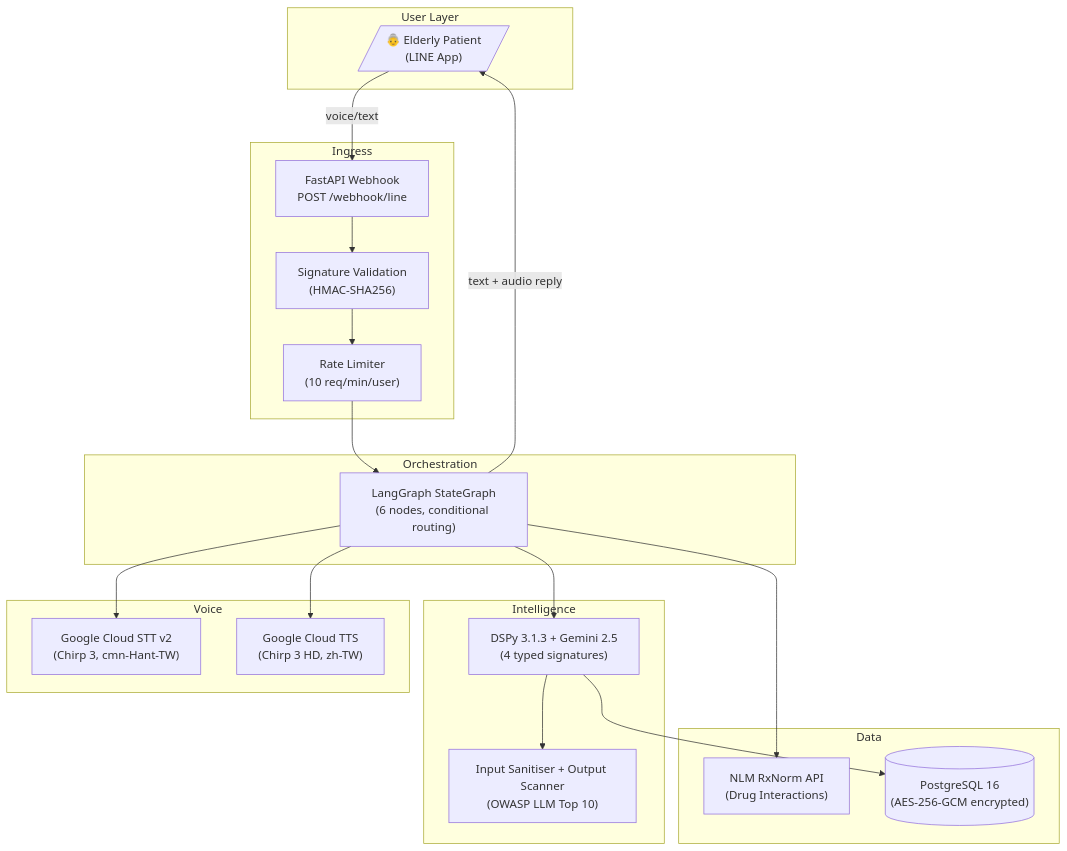
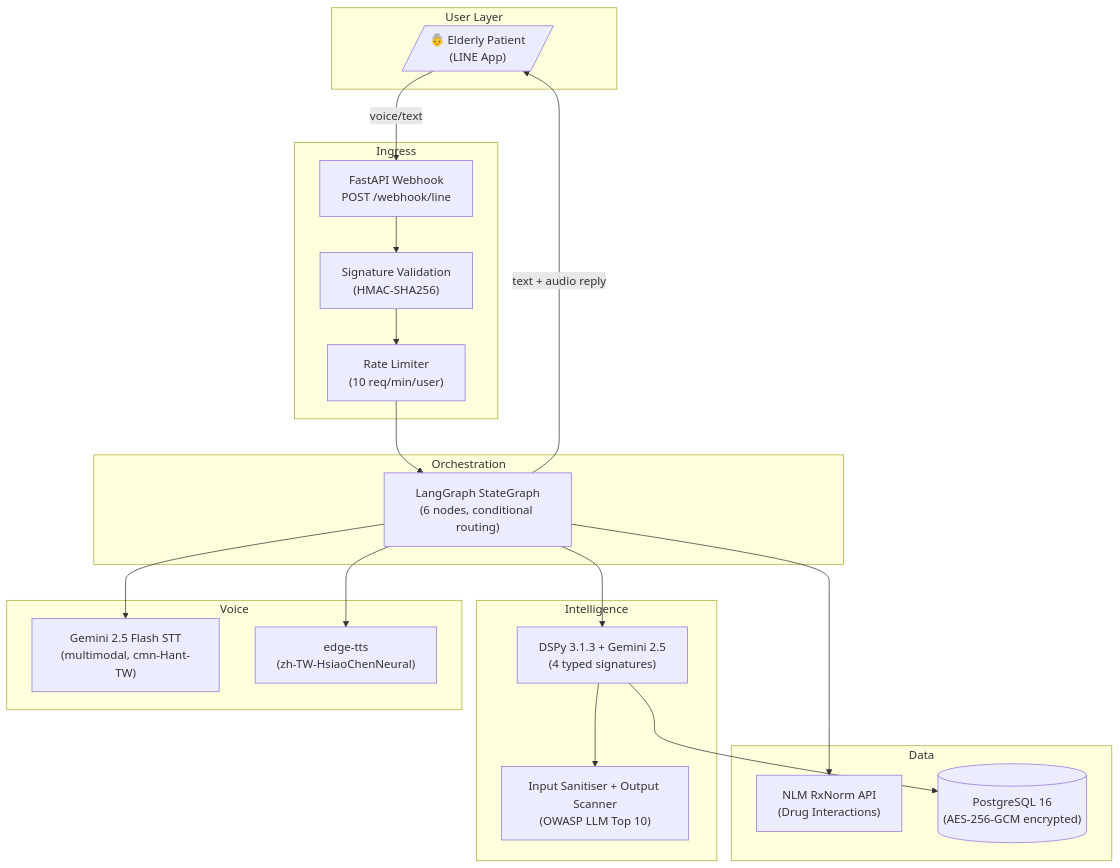
The first of 4 diagrams in README.md (impravin22/medbuddy), drawn with Mermaid before and after one commit. The commit also changed other lines of this file and 6 other files, not shown here.

````diff
--- a/README.md
+++ b/README.md
@@ -28,41 +28,41 @@
 ```mermaid
 graph TB
     subgraph "User Layer"
         USER[/"👵 Elderly Patient<br/>(LINE App)"/]
     end
 
     subgraph "Ingress"
         WEBHOOK["FastAPI Webhook<br/>POST /webhook/line"]
         SIG["Signature Validation<br/>(HMAC-SHA256)"]
         RATE["Rate Limiter<br/>(10 req/min/user)"]
     end
 
     subgraph "Orchestration"
         LG["LangGraph StateGraph<br/>(6 nodes, conditional routing)"]
     end
 
     subgraph "Intelligence"
         DSPY["DSPy 3.1.3 + Gemini 2.5<br/>(4 typed signatures)"]
         SAN["Input Sanitiser + Output Scanner<br/>(OWASP LLM Top 10)"]
     end
 
     subgraph "Voice"
-        STT["Google Cloud STT v2<br/>(Chirp 3, cmn-Hant-TW)"]
-        TTS["Google Cloud TTS<br/>(Chirp 3 HD, zh-TW)"]
+        STT["Gemini 2.5 Flash STT<br/>(multimodal, cmn-Hant-TW)"]
+        TTS["edge-tts<br/>(zh-TW-HsiaoChenNeural)"]
     end
 
     subgraph "Data"
         RXNORM["NLM RxNorm API<br/>(Drug Interactions)"]
         PG[("PostgreSQL 16<br/>(AES-256-GCM encrypted)")]
     end
 
     USER -->|"voice/text"| WEBHOOK
     WEBHOOK --> SIG --> RATE --> LG
     LG --> STT
     LG --> DSPY
     LG --> RXNORM
     LG --> TTS
     DSPY --> SAN
     DSPY --> PG
     LG -->|"text + audio reply"| USER
 ```
````
